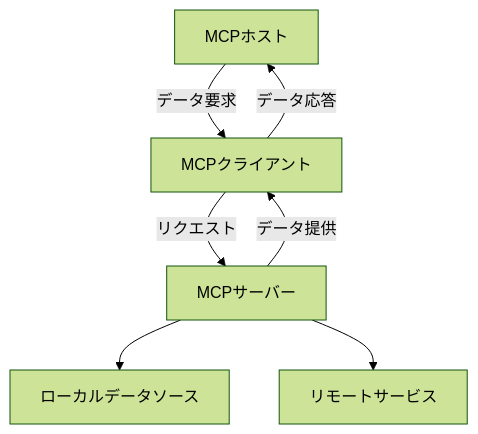
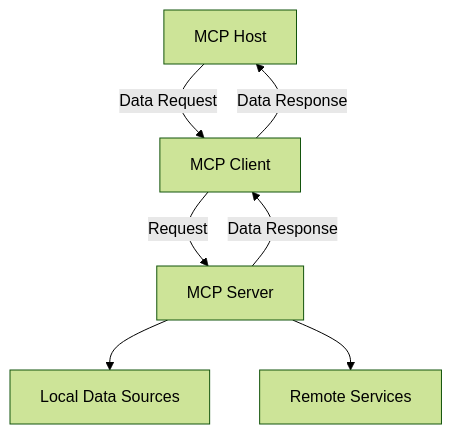
Before and after one commit to nipe0324/sandbox-mcp: the diagram in README.md, drawn with Mermaid (forest theme). The commit also changed other lines of this file, not shown here.

````diff
--- a/README.md
+++ b/README.md
@@ -21,9 +21,9 @@
 ```mermaid
 graph TD
-    A[MCPホスト] -->|データ要求| B[MCPクライアント]
-    B -->|リクエスト| C[MCPサーバー]
-    C -->|データ提供| B
-    B -->|データ応答| A
-    C --> D[ローカルデータソース]
-    C --> E[リモートサービス]
+    A[MCP Host] -->|Data Request| B[MCP Client]
+    B -->|Request| C[MCP Server]
+    C -->|Data Response| B
+    B -->|Data Response| A
+    C --> D[Local Data Sources]
+    C --> E[Remote Services]
 ```
````
